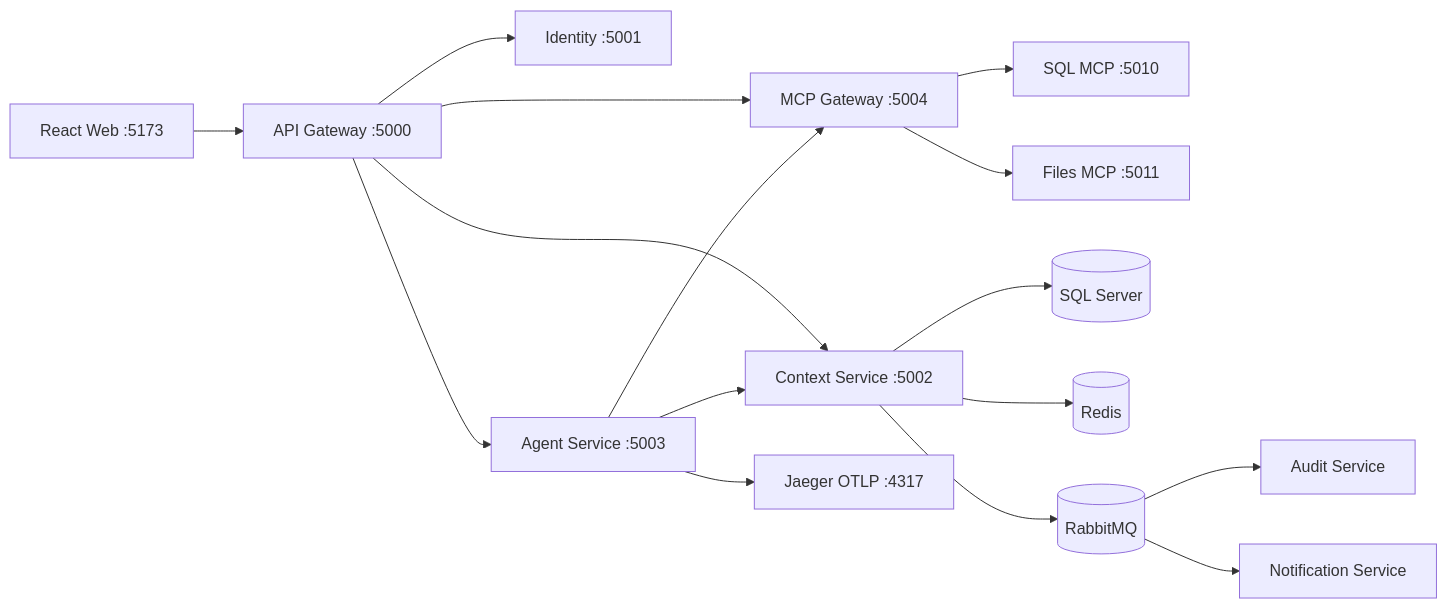
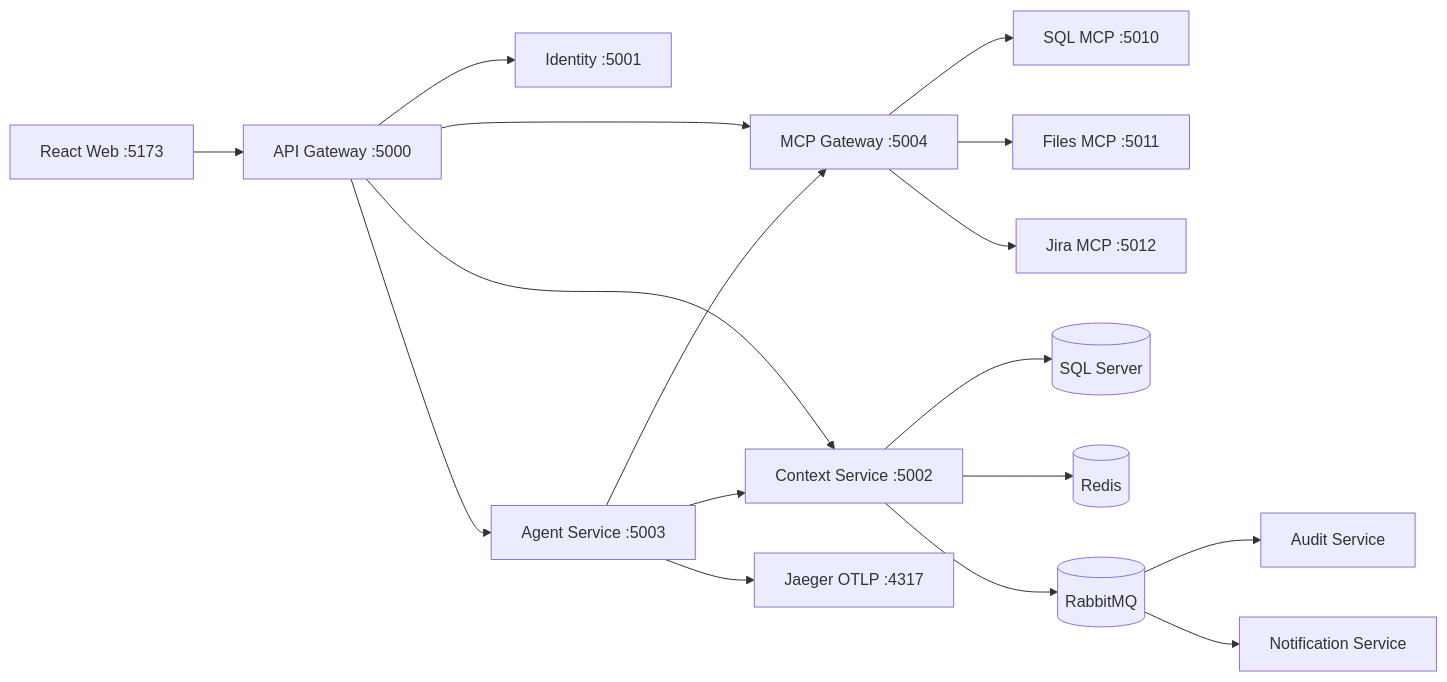
One commit to pearadet-lk/nexus-ai-enterprise-assistant changed the diagram in README.md. Above: the diagram before and after it, drawn with Mermaid. The commit also changed other lines of this file and 60 other files, not shown here.

First line of the commit message:
Add Jira MCP and improved deployment automation

````diff
--- a/README.md
+++ b/README.md
@@ -23,18 +24,19 @@
 ```mermaid
 flowchart LR
   Web[React Web :5173] --> GW[API Gateway :5000]
   GW --> Identity[Identity :5001]
   GW --> Context[Context Service :5002]
   GW --> Agent[Agent Service :5003]
   GW --> MCP[MCP Gateway :5004]
   Agent --> Context
   Agent --> MCP
   MCP --> SqlMcp[SQL MCP :5010]
   MCP --> FileMcp[Files MCP :5011]
+  MCP --> JiraMcp[Jira MCP :5012]
   Context --> SQL[(SQL Server)]
   Context --> Redis[(Redis)]
   Context --> RMQ[(RabbitMQ)]
   RMQ --> Audit[Audit Service]
   RMQ --> Notify[Notification Service]
   Agent --> OTel[Jaeger OTLP :4317]
 ```
````
